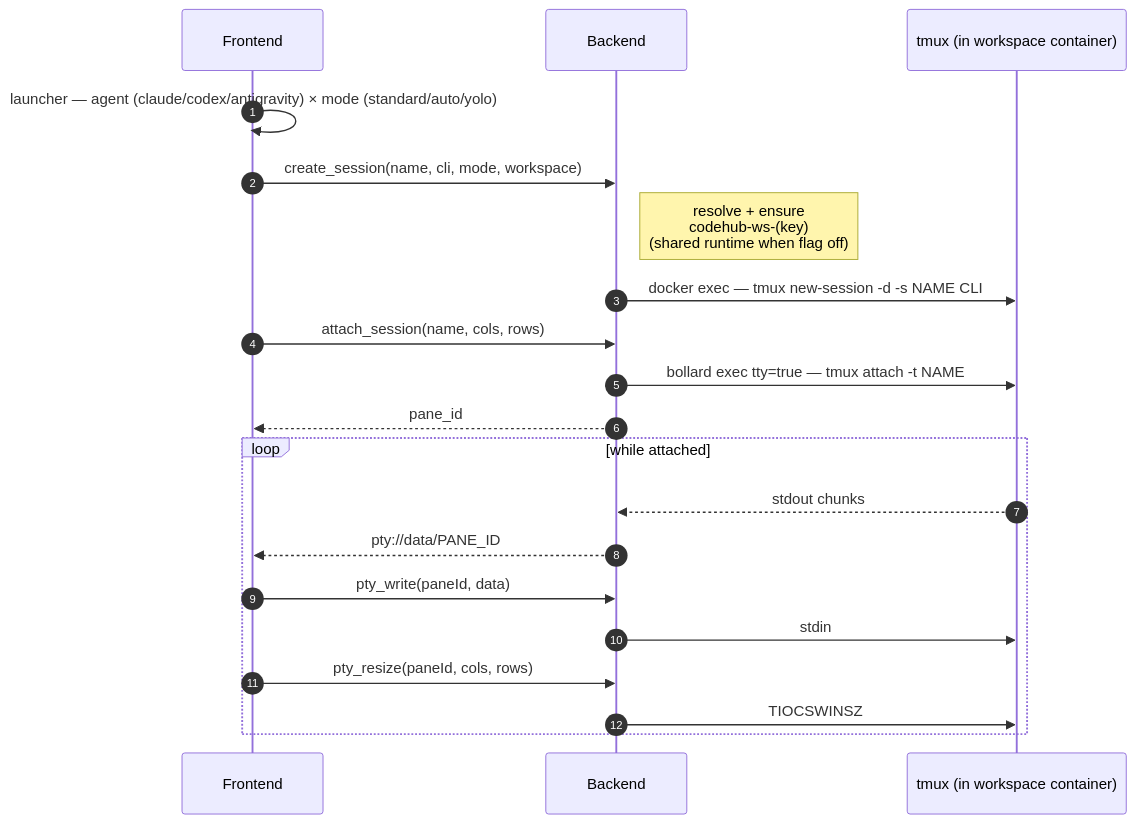
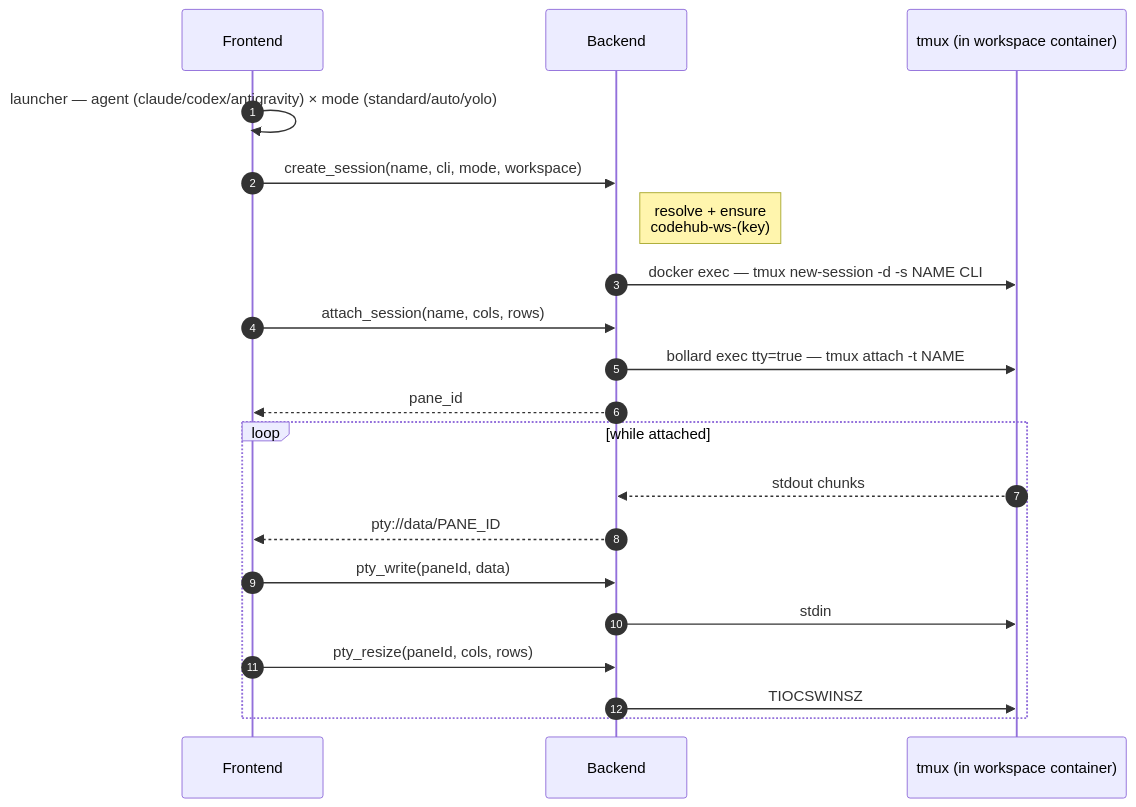
One commit to mpolatcan/codehub changed the third of 3 diagrams in README.md. Above: the diagram before and after it, drawn with Mermaid. The commit also changed other lines of this file and 4 other files, not shown here.

````diff
--- a/README.md
+++ b/README.md
@@ -71,23 +71,23 @@
 ```mermaid
 sequenceDiagram
     autonumber
     participant UI as Frontend
     participant B as Backend
     participant T as tmux (in workspace container)
 
     UI->>UI: launcher — agent (claude/codex/antigravity) × mode (standard/auto/yolo)
     UI->>B: create_session(name, cli, mode, workspace)
-    Note right of B: resolve + ensure<br/>codehub-ws-(key)<br/>(shared runtime when flag off)
+    Note right of B: resolve + ensure<br/>codehub-ws-(key)
     B->>T: docker exec — tmux new-session -d -s NAME CLI
     UI->>B: attach_session(name, cols, rows)
     B->>T: bollard exec tty=true — tmux attach -t NAME
     B-->>UI: pane_id
     loop while attached
         T-->>B: stdout chunks
         B-->>UI: pty://data/PANE_ID
         UI->>B: pty_write(paneId, data)
         B->>T: stdin
         UI->>B: pty_resize(paneId, cols, rows)
         B->>T: TIOCSWINSZ
     end
 ```
````
